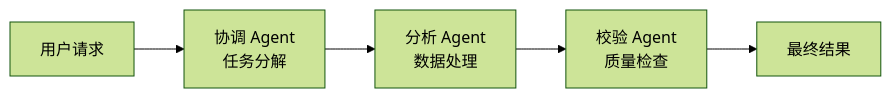
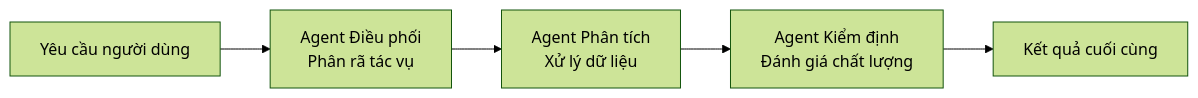
The first of 2 diagrams in 16_claude_ecosystem/16.2_agent_team_integration.md (dino-edu/openclaw_guide), drawn with Mermaid (forest theme) before and after one commit. The commit also changed other lines of this file and 19 other files, not shown here.

````diff
--- a/16_claude_ecosystem/16.2_agent_team_integration.md
+++ b/16_claude_ecosystem/16.2_agent_team_integration.md
@@ -89,7 +87,7 @@
 ```mermaid
 graph LR
-    User["用户请求"] --> A1["协调 Agent<br/>任务分解"]
-    A1 --> A2["分析 Agent<br/>数据处理"]
-    A2 --> A3["校验 Agent<br/>质量检查"]
-    A3 --> Result["最终结果"]
+    User["Yêu cầu người dùng"] --> A1["Agent Điều phối<br/>Phân rã tác vụ"]
+    A1 --> A2["Agent Phân tích<br/>Xử lý dữ liệu"]
+    A2 --> A3["Agent Kiểm định<br/>Đánh giá chất lượng"]
+    A3 --> Result["Kết quả cuối cùng"]
 ```
````
